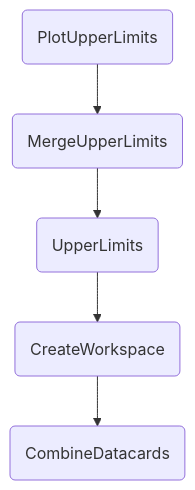
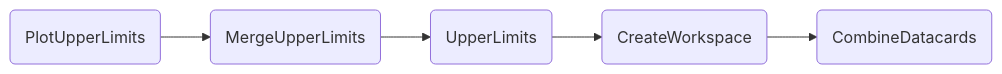
One commit to cms-hh/inference_tools changed the first of 3 diagrams in docs/content/tasks/limits.md. Above: the diagram before and after it, drawn with Mermaid. The commit also changed other lines of this file and 14 other files, not shown here.

````diff
--- a/docs/content/tasks/limits.md
+++ b/docs/content/tasks/limits.md
@@ -19,7 +31,7 @@
-    ```mermaid
-    graph TD;
-        A(PlotUpperLimits) --> B(MergeUpperLimits);
-        B --> C(UpperLimits);
-        C --> D(CreateWorkspace);
-        D --> E(CombineDatacards);
-    ```
+```mermaid
+graph LR;
+    A(PlotUpperLimits) --> B(MergeUpperLimits);
+    B --> C(UpperLimits);
+    C --> D(CreateWorkspace);
+    D --> E(CombineDatacards);
+```
````
